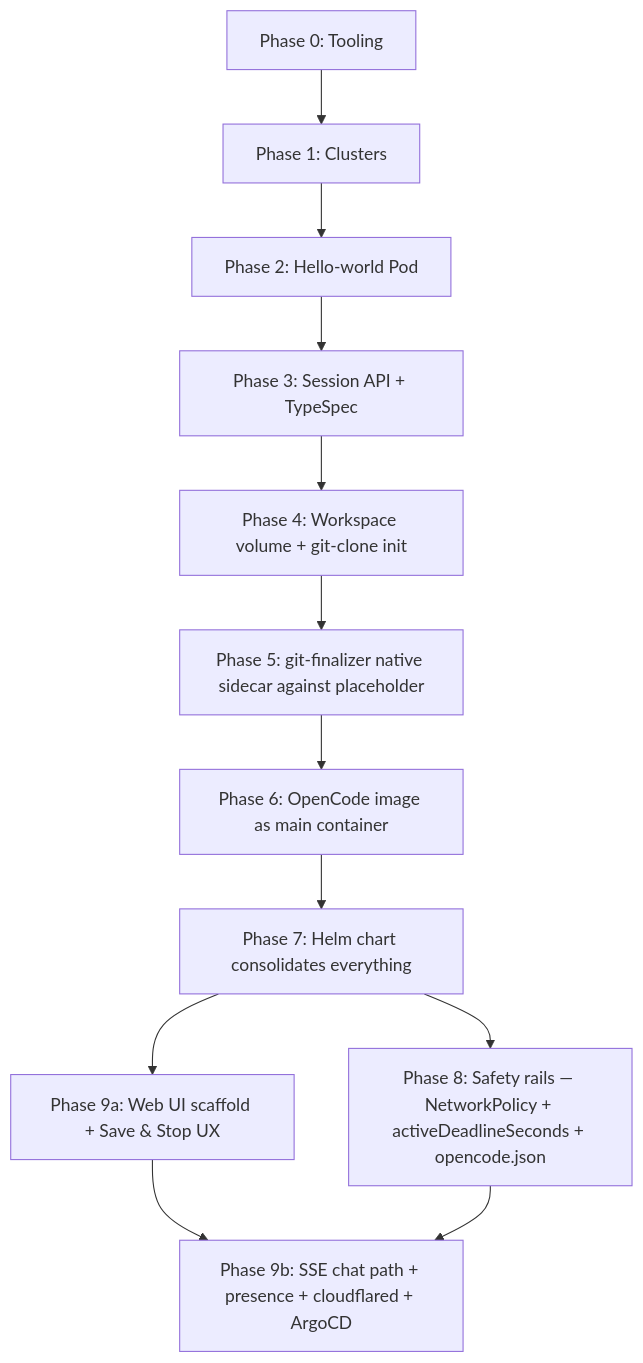
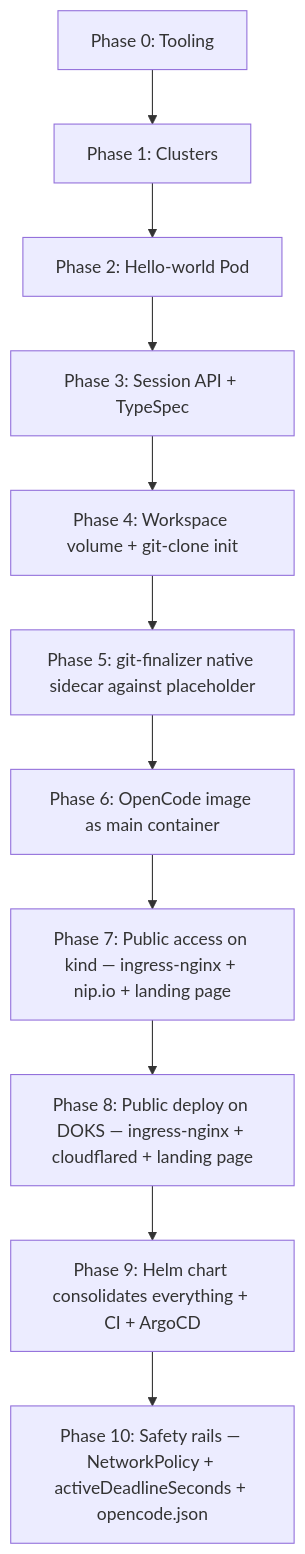
Before and after one commit to drigofonte/openvoid: the first of 3 diagrams in docs/plans/2026-05-01-001-feat-v1-staged-walkthrough-plan.md, drawn with Mermaid. The commit also changed other lines of this file, not shown here.

````diff
--- a/docs/plans/2026-05-01-001-feat-v1-staged-walkthrough-plan.md
+++ b/docs/plans/2026-05-01-001-feat-v1-staged-walkthrough-plan.md
@@ -316,14 +338,13 @@
 ```mermaid
 graph TB
     P0[Phase 0: Tooling] --> P1[Phase 1: Clusters]
     P1 --> P2[Phase 2: Hello-world Pod]
     P2 --> P3[Phase 3: Session API + TypeSpec]
     P3 --> P4[Phase 4: Workspace volume + git-clone init]
     P4 --> P5[Phase 5: git-finalizer native sidecar against placeholder]
     P5 --> P6[Phase 6: OpenCode image as main container]
-    P6 --> P7[Phase 7: Helm chart consolidates everything]
-    P7 --> P8[Phase 8: Safety rails — NetworkPolicy + activeDeadlineSeconds + opencode.json]
-    P7 --> P9a[Phase 9a: Web UI scaffold + Save & Stop UX]
-    P9a --> P9b[Phase 9b: SSE chat path + presence + cloudflared + ArgoCD]
-    P8 --> P9b
+    P6 --> P7[Phase 7: Public access on kind — ingress-nginx + nip.io + landing page]
+    P7 --> P8[Phase 8: Public deploy on DOKS — ingress-nginx + cloudflared + landing page]
+    P8 --> P9[Phase 9: Helm chart consolidates everything + CI + ArgoCD]
+    P9 --> P10[Phase 10: Safety rails — NetworkPolicy + activeDeadlineSeconds + opencode.json]
 ```
````
